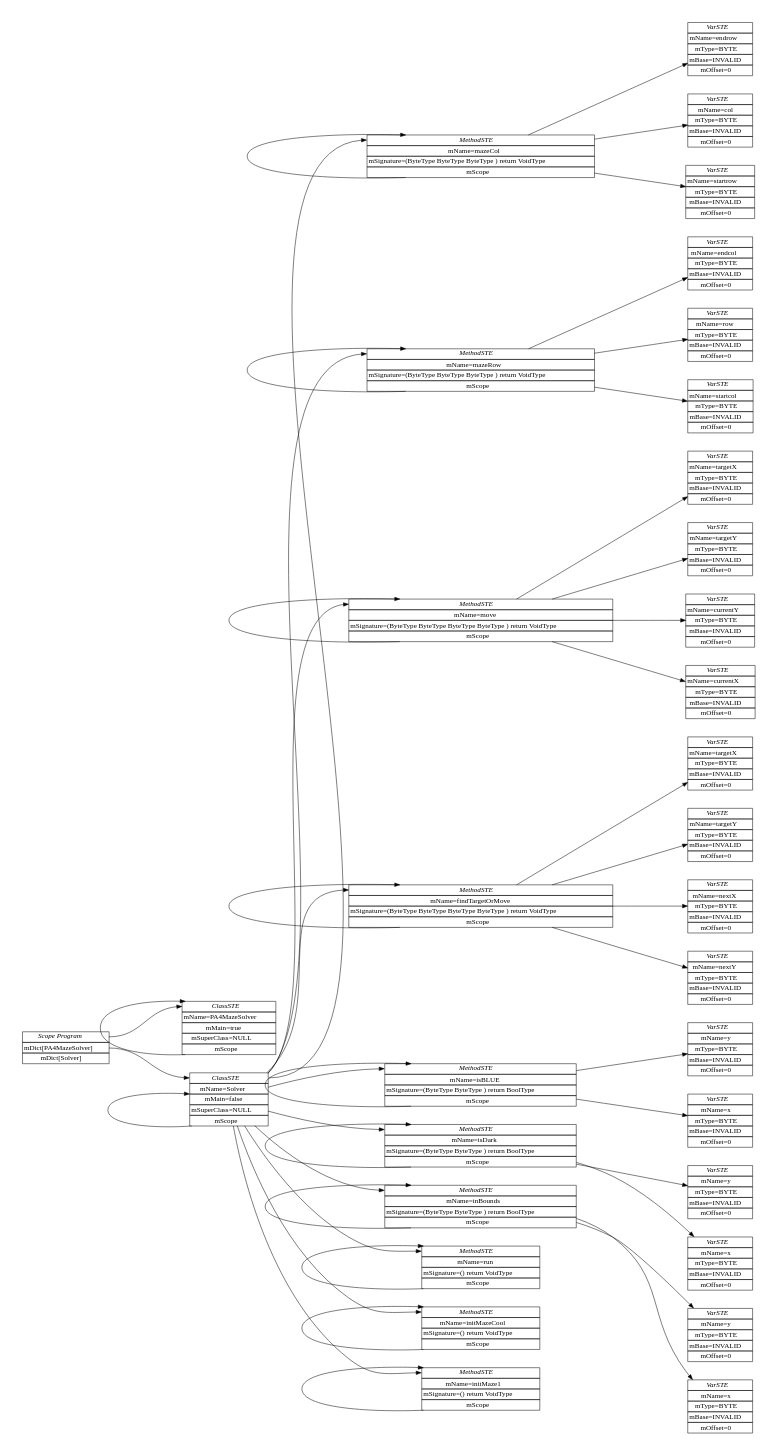
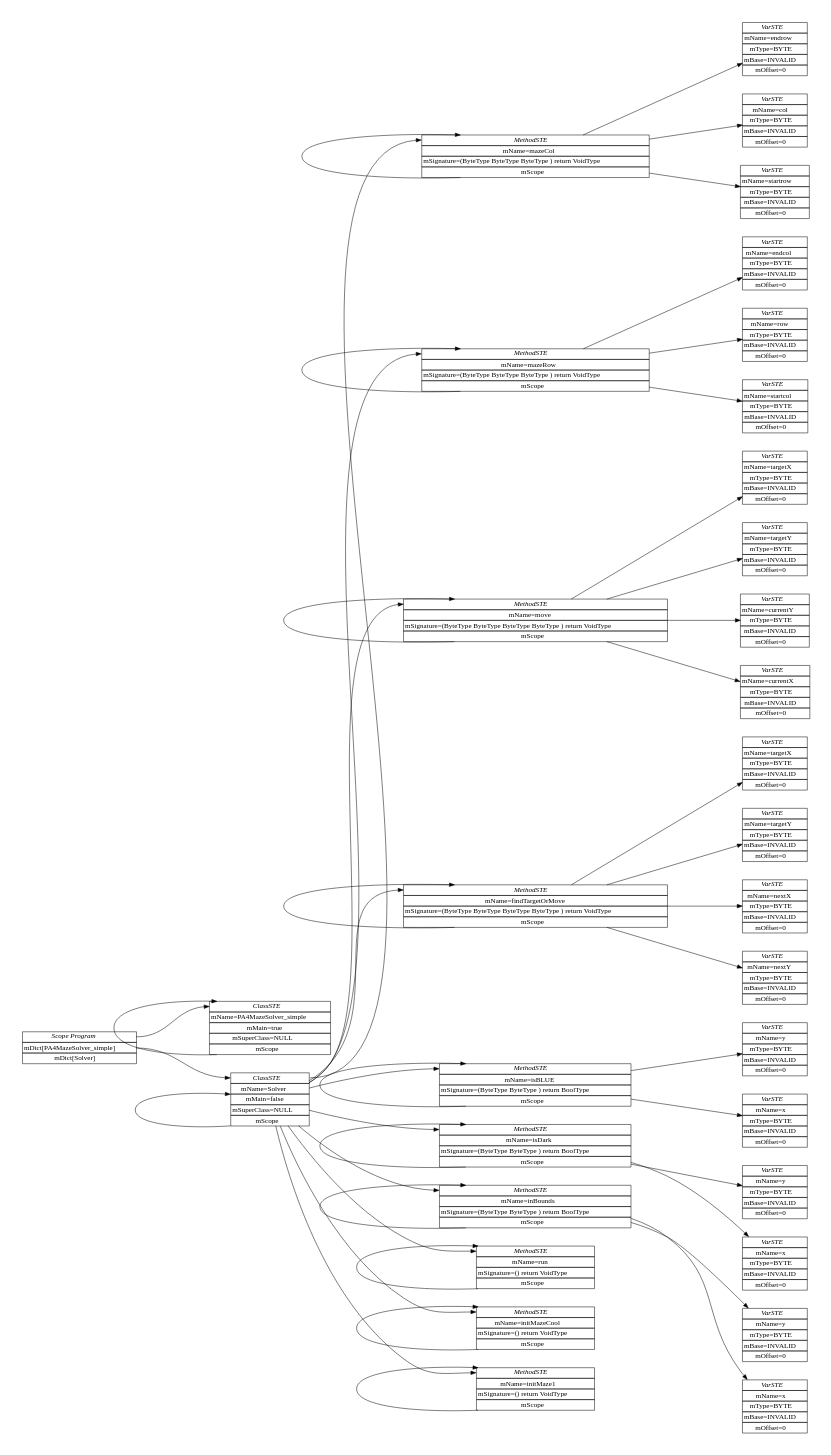
The diagram in PA4/PA4Tests/PA4MazeSolver_simple.java.ST.dot (MissMeriel/CS4620-Compilers), drawn with Graphviz before and after one commit. The commit also changed 134 other files, not shown here.

```diff
--- a/PA4/PA4Tests/PA4MazeSolver_simple.java.ST.dot
+++ b/PA4/PA4Tests/PA4MazeSolver_simple.java.ST.dot
@@ -376,26 +376,26 @@
 </table>>];
 Solver:Solver9 -> initMazeCool:initMazeCool0;
 initMazeCool:29 -> initMazeCool:initMazeCool0
-PA4MazeSolver [ label=<
+PA4MazeSolver_simple [ label=<
 <table border="0" cellborder="1" cellspacing="0">
-	<tr><td port="PA4MazeSolver0"><i>Scope PA4MazeSolver</i></td></tr>
+	<tr><td port="PA4MazeSolver_simple0"><i>Scope PA4MazeSolver_simple</i></td></tr>
 </table>>];
 Program [ label=<
 <table border="0" cellborder="1" cellspacing="0">
 	<tr><td port="Program0"><i>Scope Program</i></td></tr>
-	<tr><td port="Program1">mDict[PA4MazeSolver]</td></tr>
+	<tr><td port="Program1">mDict[PA4MazeSolver_simple]</td></tr>
 	<tr><td port="Program2">mDict[Solver]</td></tr>
 </table>>];
-PA4MazeSolver [ label=<
+PA4MazeSolver_simple [ label=<
 <table border="0" cellborder="1" cellspacing="0">
-	<tr><td port="PA4MazeSolver0"><i>ClassSTE</i></td></tr>
-	<tr><td>mName=PA4MazeSolver</td></tr>
+	<tr><td port="PA4MazeSolver_simple0"><i>ClassSTE</i></td></tr>
+	<tr><td>mName=PA4MazeSolver_simple</td></tr>
 	<tr><td>mMain=true</td></tr>
 	<tr><td>mSuperClass=NULL</td></tr>
 	<tr><td port="30">mScope</td></tr>
 </table>>];
-Program:Program0 -> PA4MazeSolver:PA4MazeSolver0;
-PA4MazeSolver:30 -> PA4MazeSolver:PA4MazeSolver0
+Program:Program0 -> PA4MazeSolver_simple:PA4MazeSolver_simple0;
+PA4MazeSolver_simple:30 -> PA4MazeSolver_simple:PA4MazeSolver_simple0
 Solver [ label=<
 <table border="0" cellborder="1" cellspacing="0">
 	<tr><td port="Solver1"><i>ClassSTE</i></td></tr>
```
